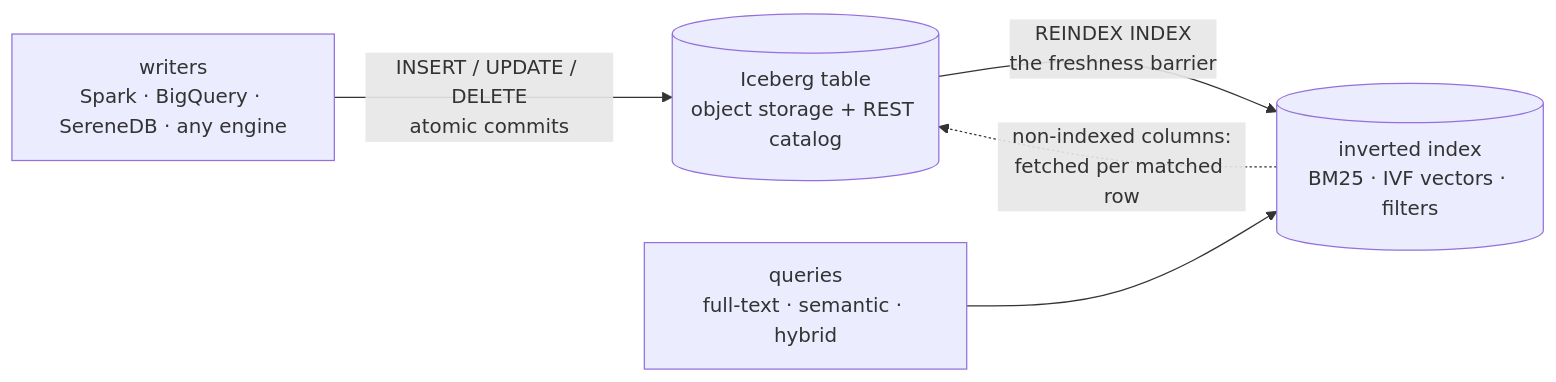
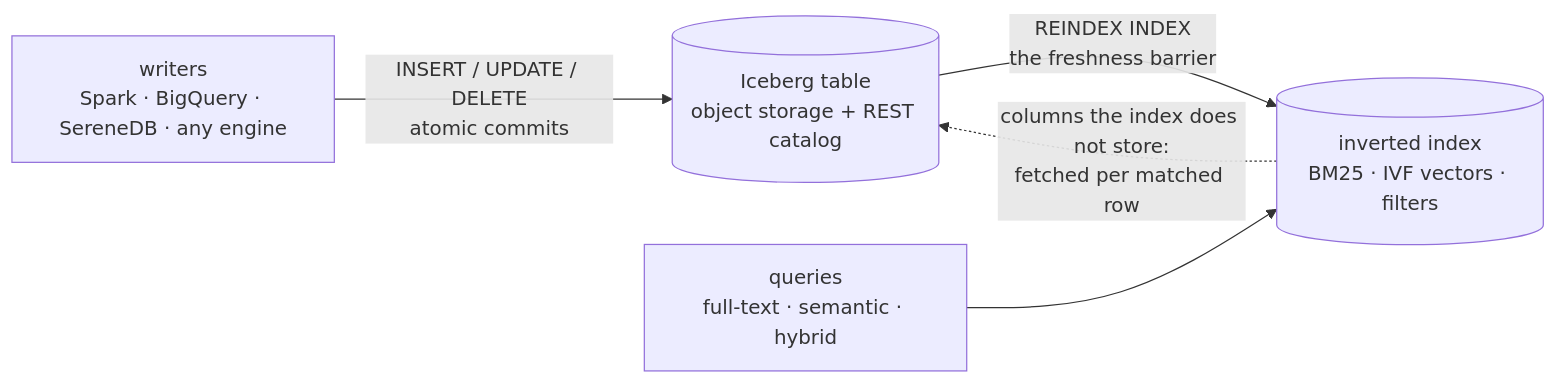
Before and after one commit to AlmazAlmaz/serenedb: the diagram in docs/cookbook/search/iceberg-insert-to-searchable.md, drawn with Mermaid. The commit also changed other lines of this file and 25 other files, not shown here.

````diff
--- a/docs/cookbook/search/iceberg-insert-to-searchable.md
+++ b/docs/cookbook/search/iceberg-insert-to-searchable.md
@@ -13,7 +13,7 @@
 ```mermaid
 flowchart LR
     w["writers<br/>Spark · BigQuery · SereneDB · any engine"] -->|"INSERT / UPDATE / DELETE<br/>atomic commits"| t[("Iceberg table<br/>object storage + REST catalog")]
     t -->|"REINDEX INDEX<br/>the freshness barrier"| idx[("inverted index<br/>BM25 · IVF vectors · filters")]
     q["queries<br/>full-text · semantic · hybrid"] --> idx
-    idx -.->|"non-indexed columns:<br/>fetched per matched row"| t
+    idx -.->|"columns the index does not store:<br/>fetched per matched row"| t
 ```
````
